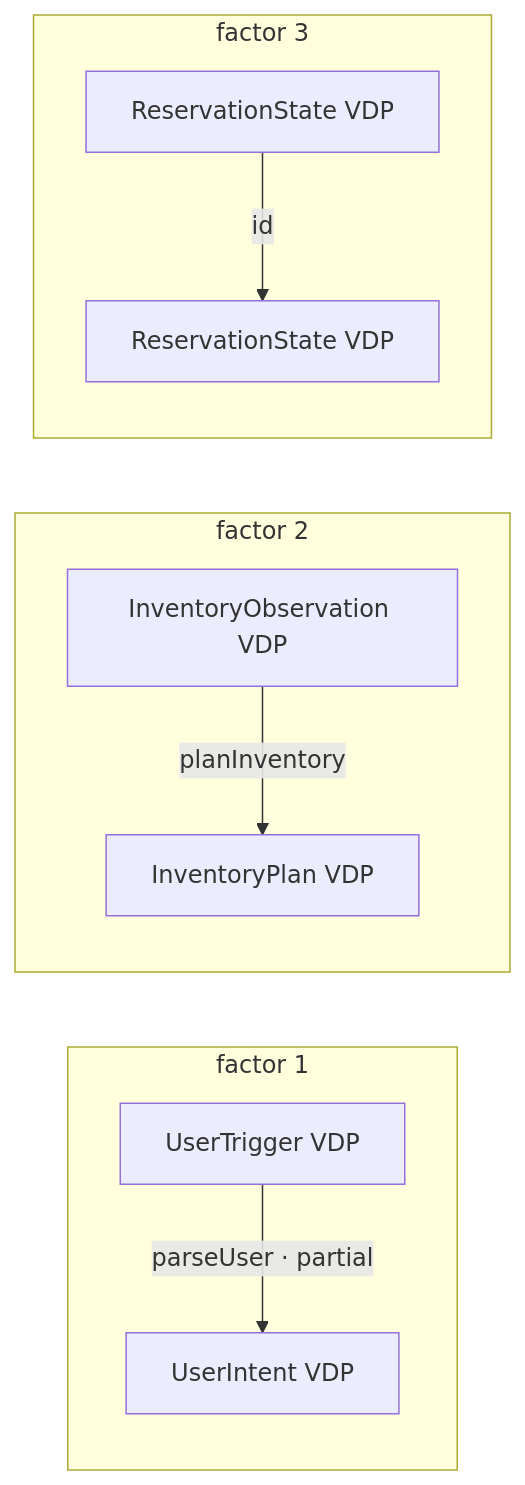
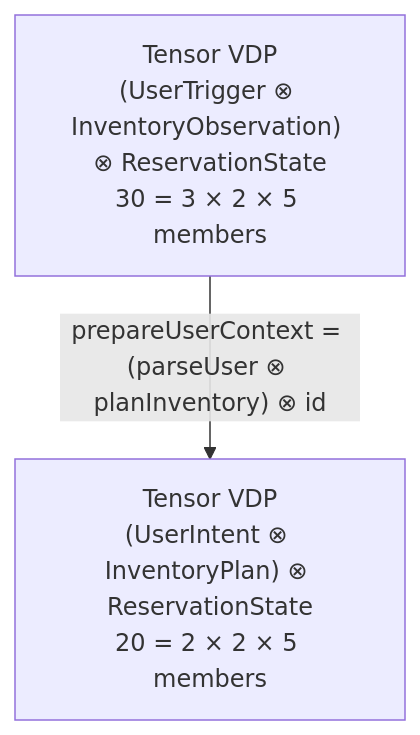
The eighth of 10 diagrams in README.md (mrvanish97/archiscript), drawn with Mermaid before and after one commit. The commit also changed other lines of this file, not shown here.

Commit message:
docs: separate operation algebra from VDP diagrams

````diff
--- a/README.md
+++ b/README.md
@@ -314,14 +336,7 @@
 ```mermaid
-flowchart LR
-  subgraph F1["factor 1"]
-    A["UserTrigger VDP"] -->|"parseUser · partial"| B["UserIntent VDP"]
-  end
+flowchart TB
+  SRC["Tensor VDP<br/>(UserTrigger ⊗ InventoryObservation) ⊗ ReservationState<br/>30 = 3 × 2 × 5 members"]
+  DST["Tensor VDP<br/>(UserIntent ⊗ InventoryPlan) ⊗ ReservationState<br/>20 = 2 × 2 × 5 members"]
 
-  subgraph F2["factor 2"]
-    C["InventoryObservation VDP"] -->|"planInventory"| D["InventoryPlan VDP"]
-  end
-
-  subgraph F3["factor 3"]
-    E["ReservationState VDP"] -->|"id"| F["ReservationState VDP"]
-  end
+  SRC -->|"prepareUserContext = (parseUser ⊗ planInventory) ⊗ id"| DST
 ```
````
